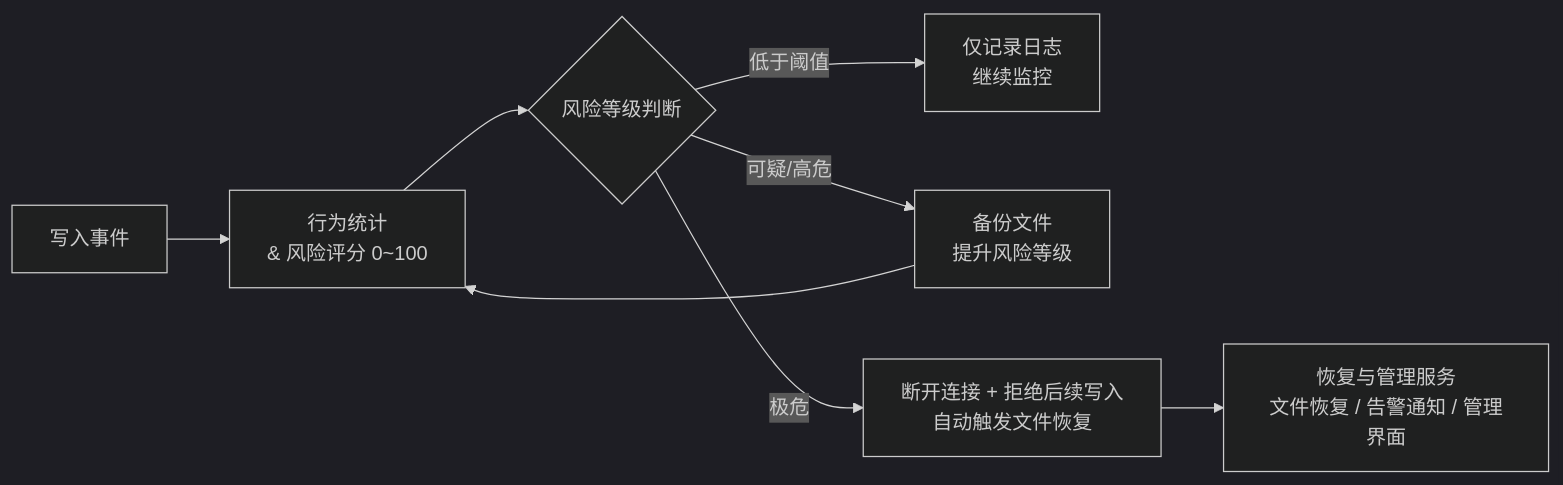
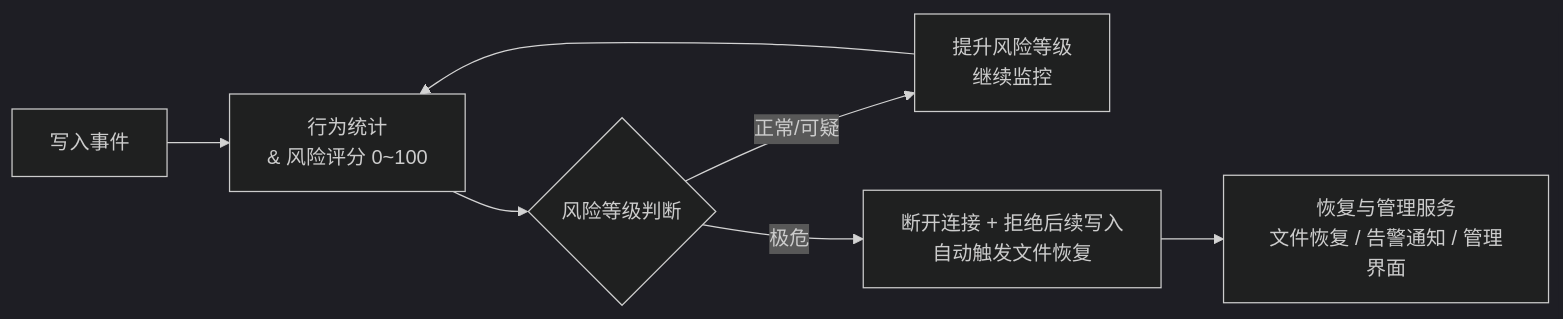
One commit to xd121614/ne_gfrguard changed the second of 12 diagrams in doc/specs/architecture_v2.md. Above: the diagram before and after it, drawn with Mermaid (dark theme). The commit also changed other lines of this file and 2 other files, not shown here.

````diff
--- a/doc/specs/architecture_v2.md
+++ b/doc/specs/architecture_v2.md
@@ -129,10 +129,9 @@
 ```mermaid
 flowchart LR
 	A[写入事件] --> B[行为统计<br/>& 风险评分 0~100]
 	B --> C{风险等级判断}
-	C -->|低于阈值| D[仅记录日志<br/>继续监控]
-	C -->|可疑/高危| E[备份文件<br/>提升风险等级]
-	C -->|极危| F[断开连接 + 拒绝后续写入<br/>自动触发文件恢复]
-	E --> B
-	F --> G[恢复与管理服务<br/>文件恢复 / 告警通知 / 管理界面]
+	C -->|正常/可疑| D[提升风险等级<br/>继续监控]
+	C -->|极危| E[断开连接 + 拒绝后续写入<br/>自动触发文件恢复]
+	D --> B
+	E --> F[恢复与管理服务<br/>文件恢复 / 告警通知 / 管理界面]
 ```
````
